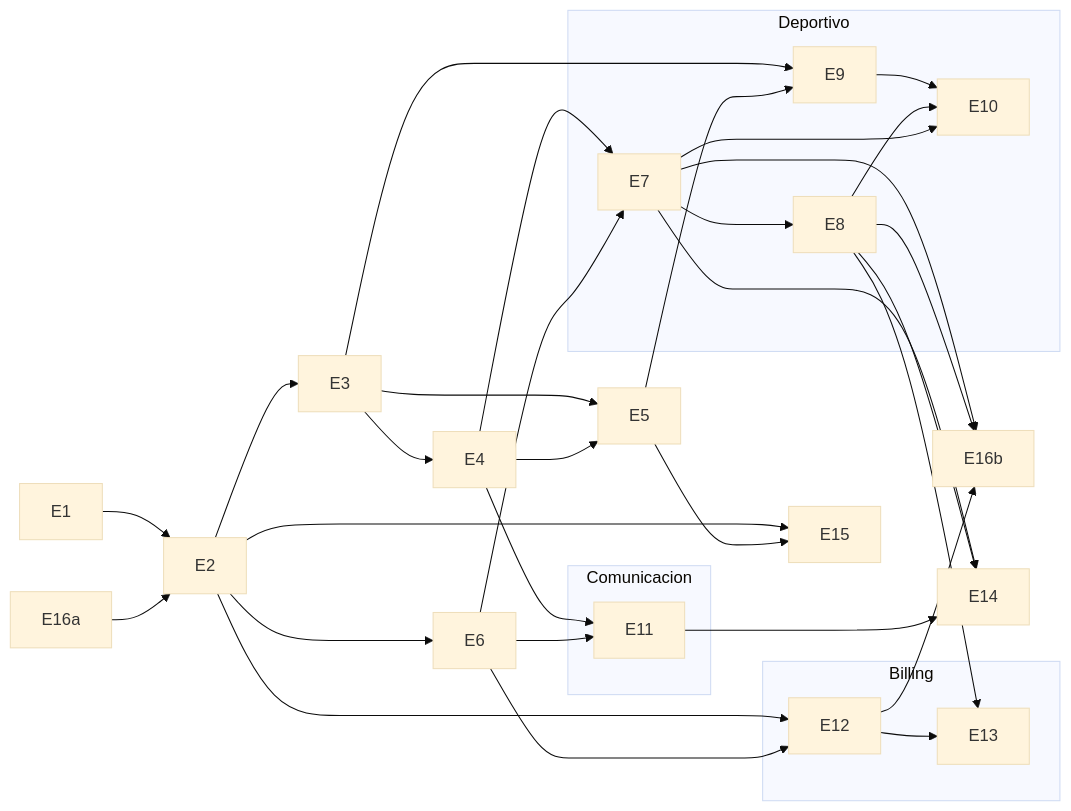
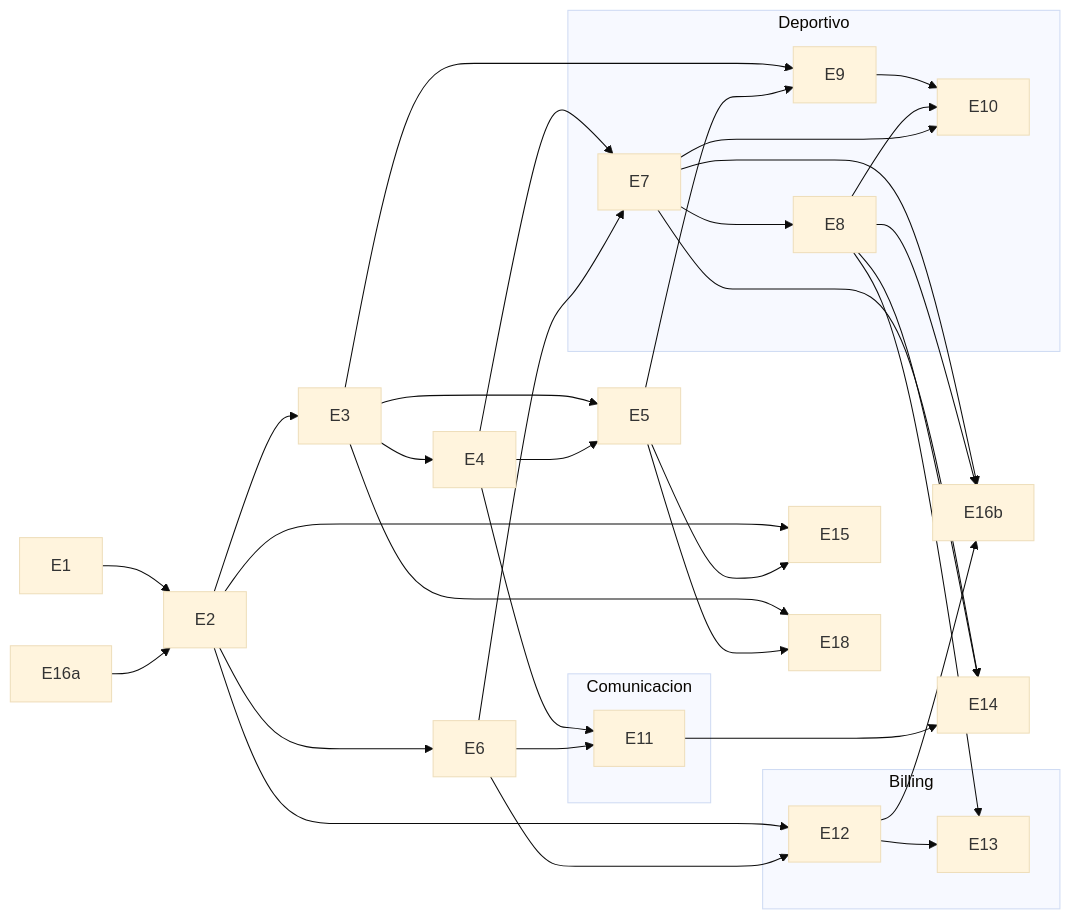
One commit to cjgomezr/sea-dragons-web changed the diagram in docs/plan-maestro.md. Above: the diagram before and after it, drawn with Mermaid (base theme). The commit also changed other lines of this file and 1 other file, not shown here.

````diff
--- a/docs/plan-maestro.md
+++ b/docs/plan-maestro.md
@@ -81,39 +115,41 @@
 ```mermaid
 graph LR
   E1 --> E2 --> E3 --> E4
   E16a --> E2
   E7 --> E16b
   E8 --> E16b
   E12 --> E16b
   E3 --> E5
   E4 --> E5
   E2 --> E6
 
   subgraph Deportivo
     E7 --> E8
     E9 --> E10
     E8 --> E10
     E7 --> E10
   end
   subgraph Comunicacion
     E11
   end
   subgraph Billing
     E12 --> E13
   end
 
   E4 --> E7
   E6 --> E7
   E3 --> E9
   E5 --> E9
   E4 --> E11
   E6 --> E11
   E2 --> E12
   E6 --> E12
   E8 --> E13
   E2 --> E15
   E5 --> E15
+  E3 --> E18
+  E5 --> E18
   E7 --> E14
   E8 --> E14
   E11 --> E14
 ```
````
